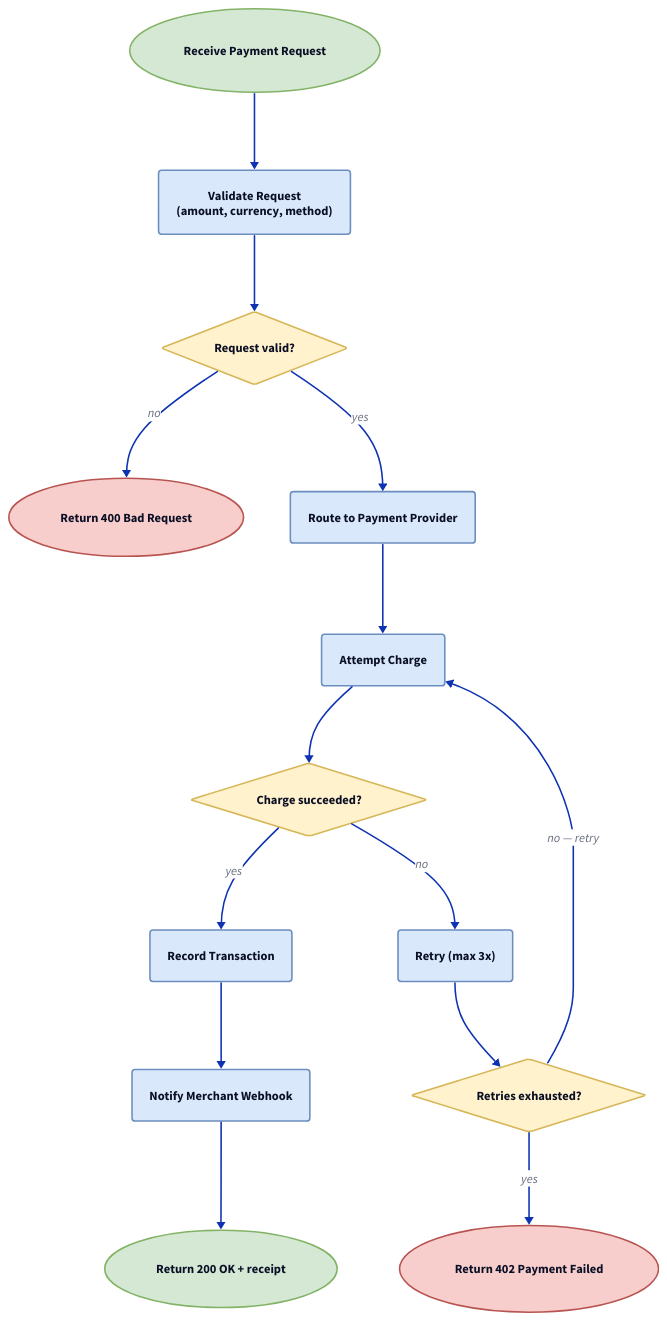
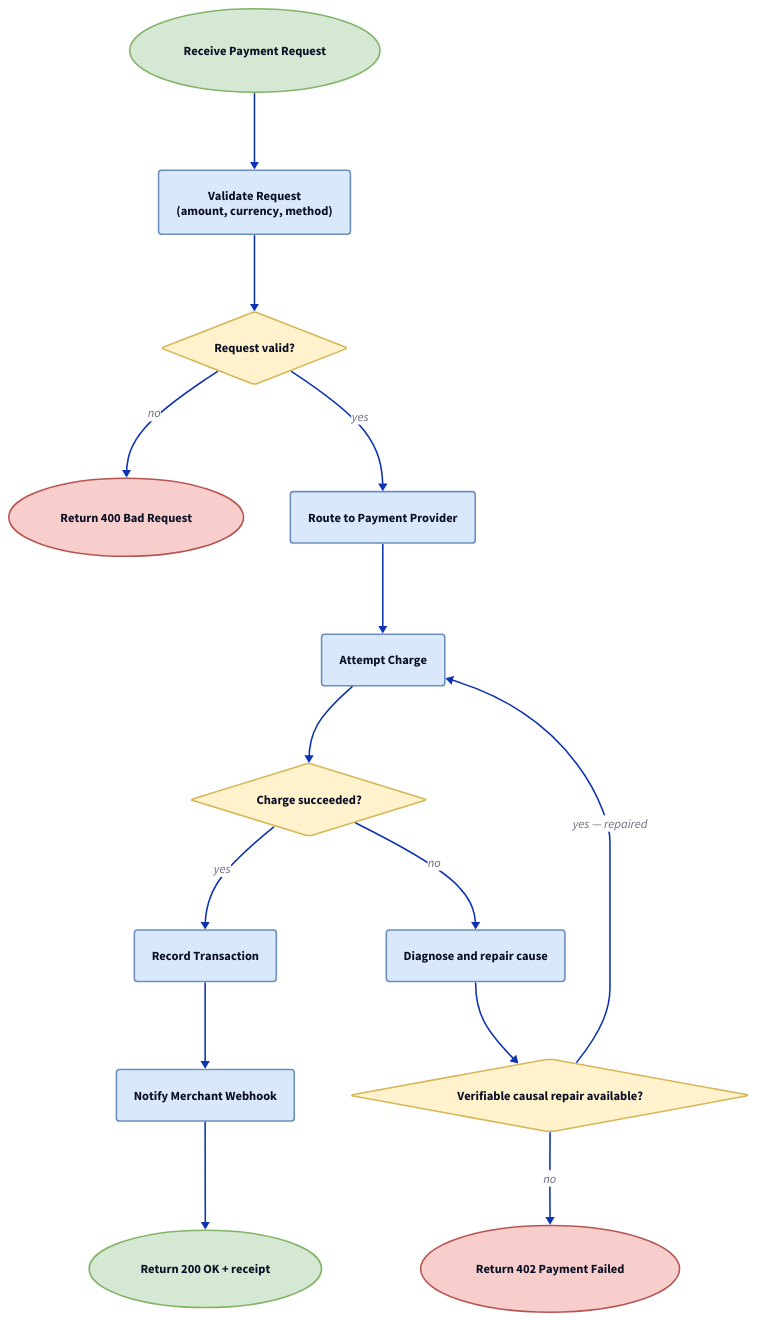
Before and after one commit to valianx/team-harness: the ninth of 9 diagrams in plugins/team-harness/skills/d2-diagram/references/patterns.md, drawn with D2. The commit also changed 101 other files, not shown here.

First line of the commit message:
fix(pipeline): replace retry budgets with causal recovery (#630)

````diff
--- a/plugins/team-harness/skills/d2-diagram/references/patterns.md
+++ b/plugins/team-harness/skills/d2-diagram/references/patterns.md
@@ -646,65 +646,65 @@
 ```d2
 # Payment Processing Flow
 # Type: flowchart
 
 direction: down
 
 classes: {
   process: {
     style: {
       fill: "#dae8fc"
       stroke: "#6c8ebf"
       border-radius: 4
     }
   }
   decision: {
     shape: diamond
     style: {
       fill: "#fff2cc"
       stroke: "#d6b656"
     }
   }
   terminal: {
     shape: oval
     style: {
       fill: "#d5e8d4"
       stroke: "#82b366"
     }
   }
   error_terminal: {
     shape: oval
     style: {
       fill: "#f8cecc"
       stroke: "#b85450"
     }
   }
 }
 
 start: "Receive Payment Request" {class: terminal}
 validate: "Validate Request\n(amount, currency, method)" {class: process}
 valid_check: "Request valid?" {class: decision}
 reject: "Return 400 Bad Request" {class: error_terminal}
 route: "Route to Payment Provider" {class: process}
 charge: "Attempt Charge" {class: process}
 charge_check: "Charge succeeded?" {class: decision}
-retry: "Retry (max 3x)" {class: process}
-retry_check: "Retries exhausted?" {class: decision}
+retry: "Diagnose and repair cause" {class: process}
+retry_check: "Verifiable causal repair available?" {class: decision}
 fail: "Return 402 Payment Failed" {class: error_terminal}
 record: "Record Transaction" {class: process}
 notify: "Notify Merchant Webhook" {class: process}
 success: "Return 200 OK + receipt" {class: terminal}
 
 start -> validate
 validate -> valid_check
 valid_check -> reject: "no"
 valid_check -> route: "yes"
 route -> charge
 charge -> charge_check
 charge_check -> record: "yes"
 charge_check -> retry: "no"
 retry -> retry_check
-retry_check -> charge: "no — retry"
-retry_check -> fail: "yes"
+retry_check -> charge: "yes — repaired"
+retry_check -> fail: "no"
 record -> notify
 notify -> success
 ```
````
